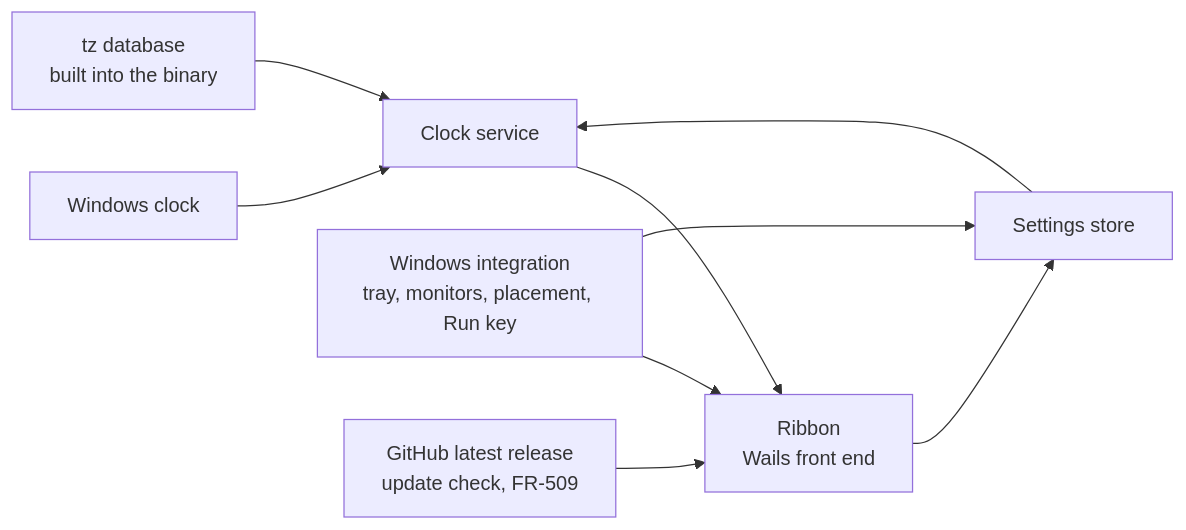
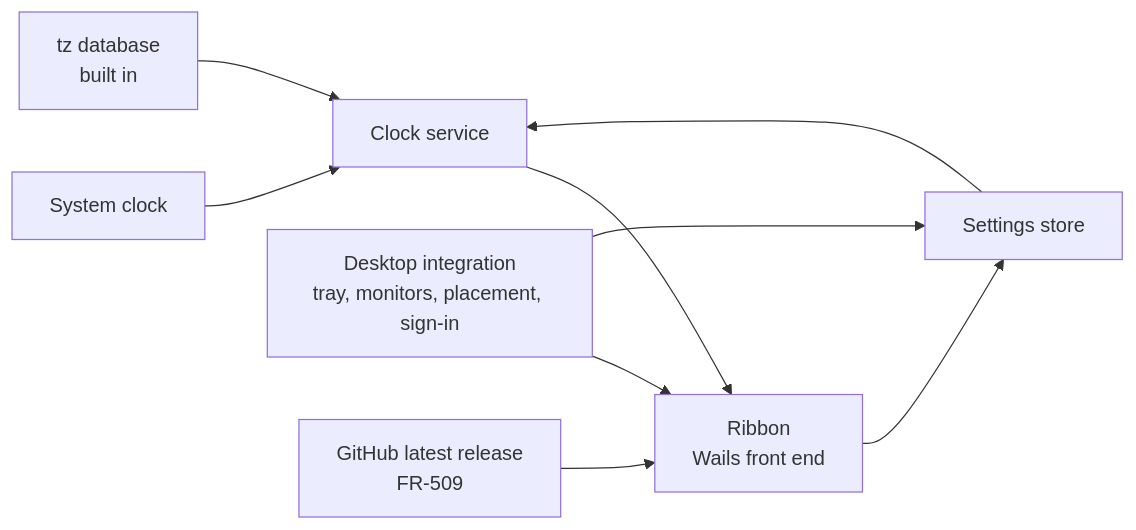
The diagram in REQUIREMENTS.md (oernster/TimeRibbon), drawn with Mermaid before and after one commit. The commit also changed other lines of this file and 7 other files, not shown here.

````diff
--- a/REQUIREMENTS.md
+++ b/REQUIREMENTS.md
@@ -254,11 +134,11 @@
 ```mermaid
 graph LR
-  WC[Windows clock] --> CS[Clock service]
-  TZ["tz database<br/>built into the binary"] --> CS
+  WC[System clock] --> CS[Clock service]
+  TZ["tz database<br/>built in"] --> CS
   ST[Settings store] --> CS
   CS --> UI["Ribbon<br/>Wails front end"]
   UI --> ST
-  WI["Windows integration<br/>tray, monitors, placement, Run key"] --> UI
+  WI["Desktop integration<br/>tray, monitors, placement, sign-in"] --> UI
   WI --> ST
-  GH["GitHub latest release<br/>update check, FR-509"] --> UI
+  GH["GitHub latest release<br/>FR-509"] --> UI
 ```
````
